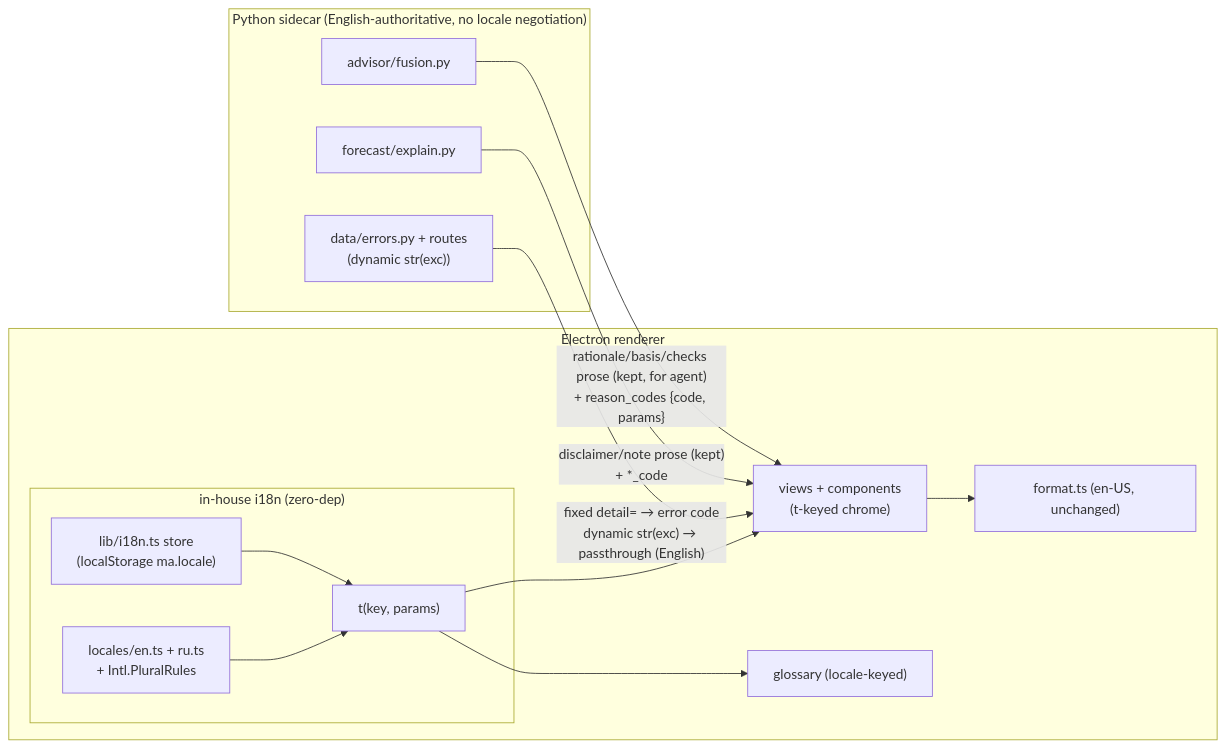
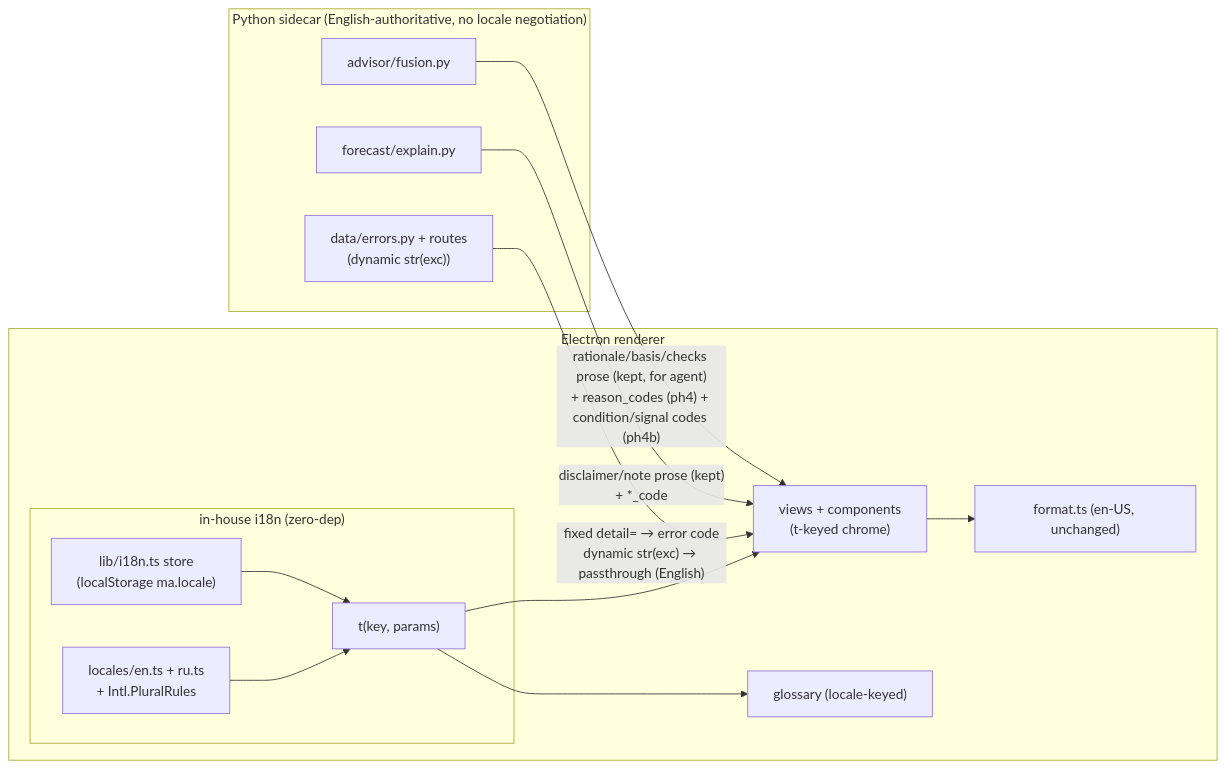
The diagram in docs/architecture/plans/0069-russian-localization.md (IgorKonovalov/market-analyzer), drawn with Mermaid before and after one commit. The commit also changed other lines of this file and 2 other files, not shown here.

````diff
--- a/docs/architecture/plans/0069-russian-localization.md
+++ b/docs/architecture/plans/0069-russian-localization.md
@@ -34,28 +35,28 @@
 ```mermaid
 flowchart LR
     subgraph sidecar["Python sidecar (English-authoritative, no locale negotiation)"]
         FUSION["advisor/fusion.py"]
         EXPLAIN["forecast/explain.py"]
         ERRORS["data/errors.py + routes\n(dynamic str(exc))"]
     end
 
     subgraph renderer["Electron renderer"]
         subgraph i18n["in-house i18n (zero-dep)"]
             LOCALE["lib/i18n.ts store\n(localStorage ma.locale)"]
             CAT["locales/en.ts + ru.ts\n+ Intl.PluralRules"]
             T["t(key, params)"]
         end
         VIEWS["views + components\n(t-keyed chrome)"]
         GLOSS["glossary (locale-keyed)"]
         FMT["format.ts (en-US, unchanged)"]
     end
 
-    FUSION -->|"rationale/basis/checks prose (kept, for agent)\n+ reason_codes {code, params}"| VIEWS
+    FUSION -->|"rationale/basis/checks prose (kept, for agent)\n+ reason_codes (ph4) + condition/signal codes (ph4b)"| VIEWS
     EXPLAIN -->|"disclaimer/note prose (kept)\n+ *_code"| VIEWS
     ERRORS -->|"fixed detail= → error code\ndynamic str(exc) → passthrough (English)"| VIEWS
     LOCALE --> T
     CAT --> T
     T --> VIEWS
     T --> GLOSS
     VIEWS --> FMT
 ```
````
